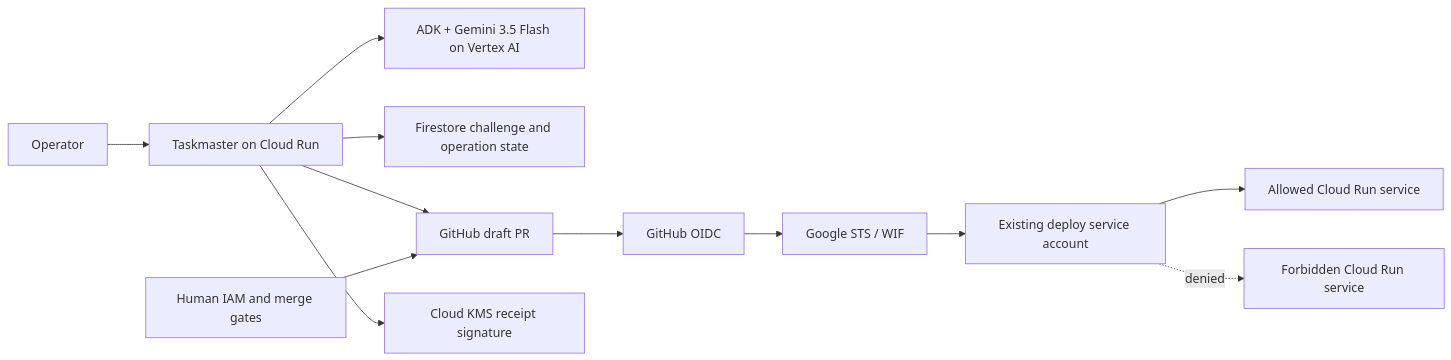
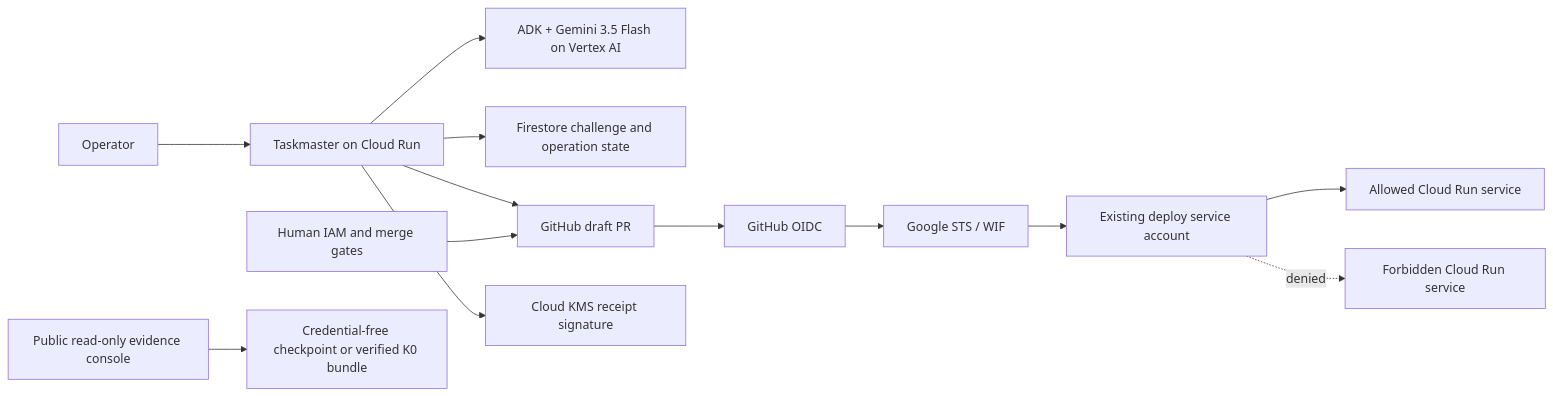
The diagram in README.md (trustphoneapp/keyless-cutover), drawn with Mermaid before and after one commit. The commit also changed other lines of this file and 11 other files, not shown here.

Commit message:
feat: add fail-closed evidence console

````diff
--- a/README.md
+++ b/README.md
@@ -36,14 +36,15 @@
 ```mermaid
 flowchart LR
     O["Operator"] --> A["Taskmaster on Cloud Run"]
     A --> V["ADK + Gemini 3.5 Flash on Vertex AI"]
     A --> F["Firestore challenge and operation state"]
     A --> G["GitHub draft PR"]
     H["Human IAM and merge gates"] --> G
     G --> OIDC["GitHub OIDC"]
     OIDC --> W["Google STS / WIF"]
     W --> SA["Existing deploy service account"]
     SA --> CR["Allowed Cloud Run service"]
     SA -. denied .-> X["Forbidden Cloud Run service"]
     A --> K["Cloud KMS receipt signature"]
+    C["Public read-only evidence console"] --> E["Credential-free checkpoint or verified K0 bundle"]
 ```
````
